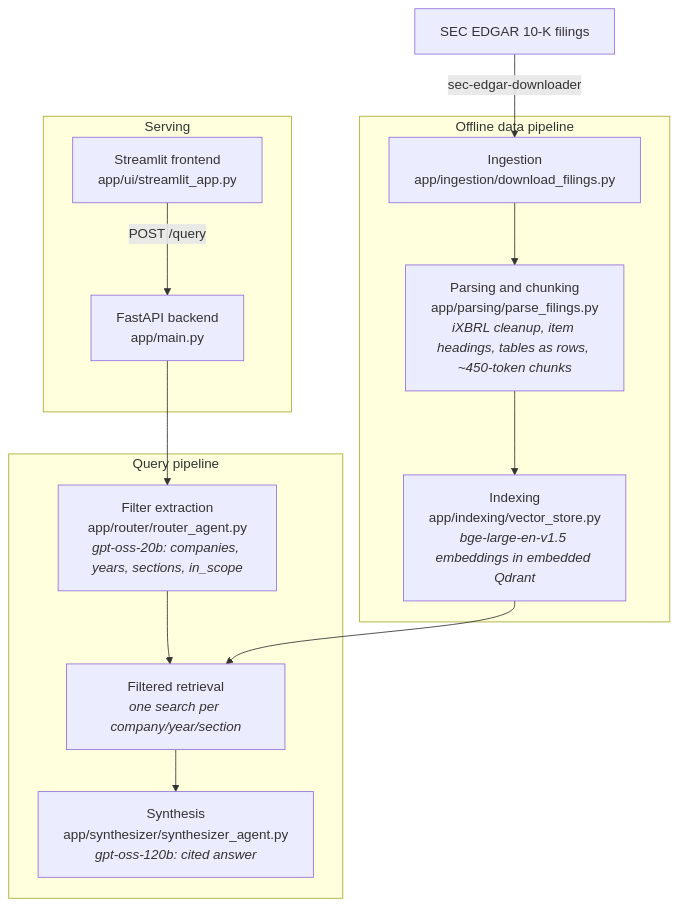
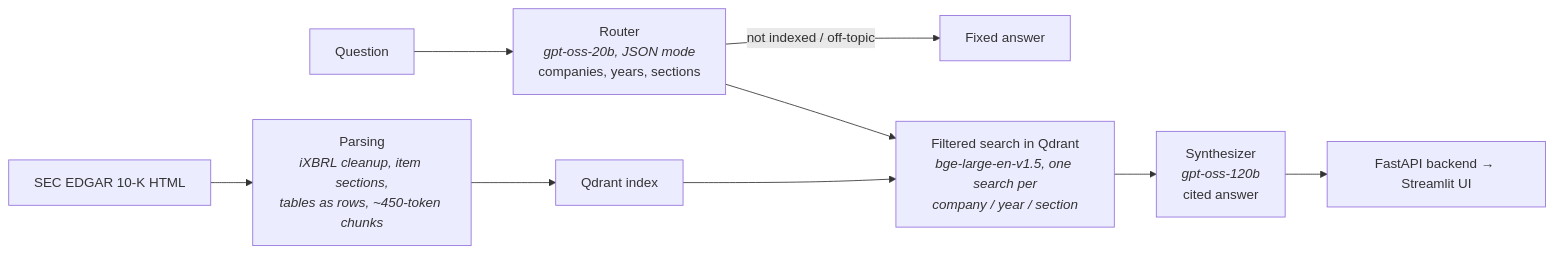
The diagram in README.md (AyhanMeherrem/Multi-Agent-Financial-Rag-System), drawn with Mermaid before and after one commit. The commit also changed other lines of this file, not shown here.

````diff
--- a/README.md
+++ b/README.md
@@ -67,27 +39,10 @@
 ```mermaid
-flowchart TD
-    A["SEC EDGAR 10-K filings"] -->|sec-edgar-downloader| B
-
-    subgraph DP["Offline data pipeline"]
-        B["Ingestion<br/>app/ingestion/download_filings.py"]
-        C["Parsing and chunking<br/>app/parsing/parse_filings.py<br/><i>iXBRL cleanup, item headings, tables as rows, ~450-token chunks</i>"]
-        D["Indexing<br/>app/indexing/vector_store.py<br/><i>bge-large-en-v1.5 embeddings in embedded Qdrant</i>"]
-        B --> C --> D
-    end
-
-    subgraph QP["Query pipeline"]
-        E["Filter extraction<br/>app/router/router_agent.py<br/><i>gpt-oss-20b: companies, years, sections, in_scope</i>"]
-        R["Filtered retrieval<br/><i>one search per company/year/section</i>"]
-        F["Synthesis<br/>app/synthesizer/synthesizer_agent.py<br/><i>gpt-oss-120b: cited answer</i>"]
-        E --> R --> F
-    end
-
-    subgraph SL["Serving"]
-        G["FastAPI backend<br/>app/main.py"]
-        H["Streamlit frontend<br/>app/ui/streamlit_app.py"]
-        H -->|POST /query| G
-    end
-
-    D --> R
-    G --> E
+flowchart LR
+    Q["Question"] --> R["Router<br/><i>gpt-oss-20b, JSON mode</i><br/>companies, years, sections"]
+    R -->|"not indexed / off-topic"| X["Fixed answer"]
+    R --> S["Filtered search in Qdrant<br/><i>bge-large-en-v1.5, one search per<br/>company / year / section</i>"]
+    S --> A["Synthesizer<br/><i>gpt-oss-120b</i><br/>cited answer"]
+    A --> U["FastAPI backend → Streamlit UI"]
+    F["SEC EDGAR 10-K HTML"] --> P["Parsing<br/><i>iXBRL cleanup, item sections,<br/>tables as rows, ~450-token chunks</i>"] --> I["Qdrant index"]
+    I --> S
 ```
````
